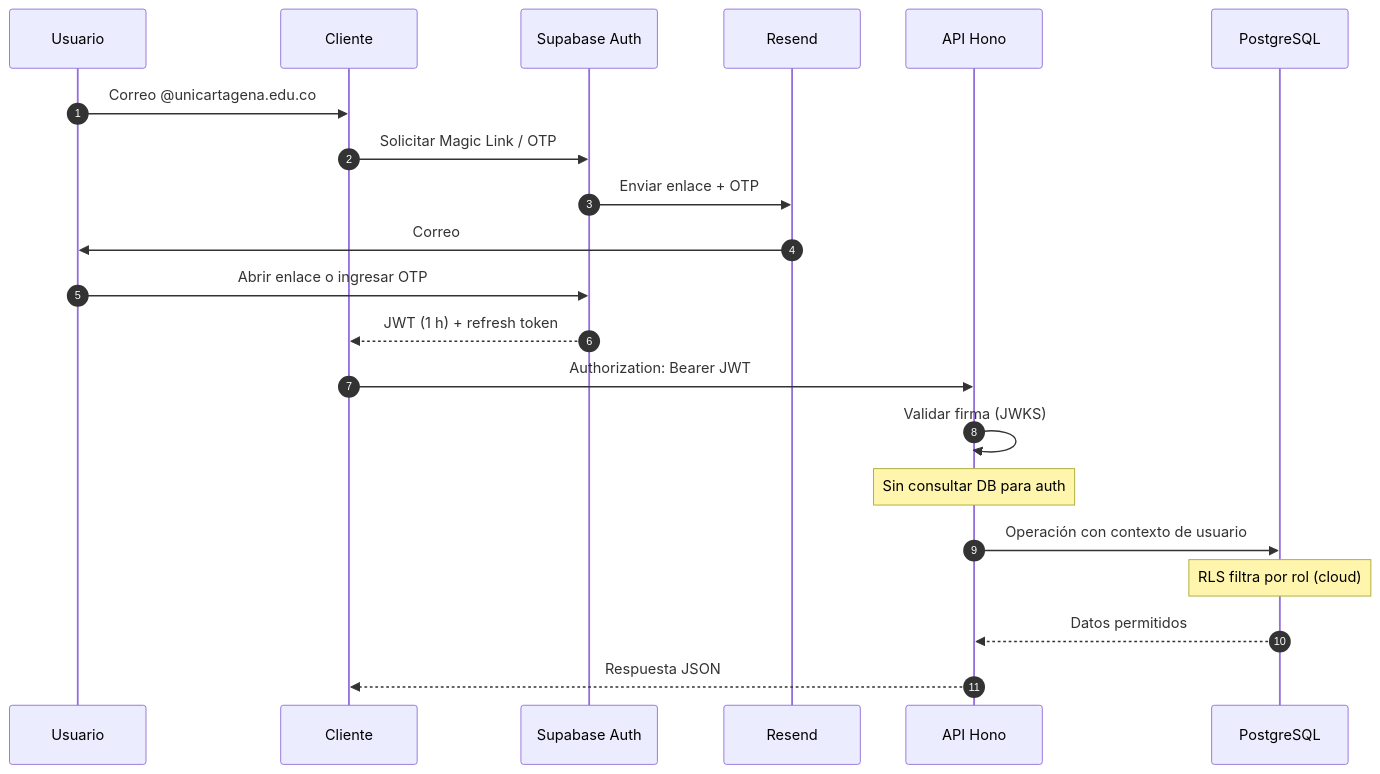
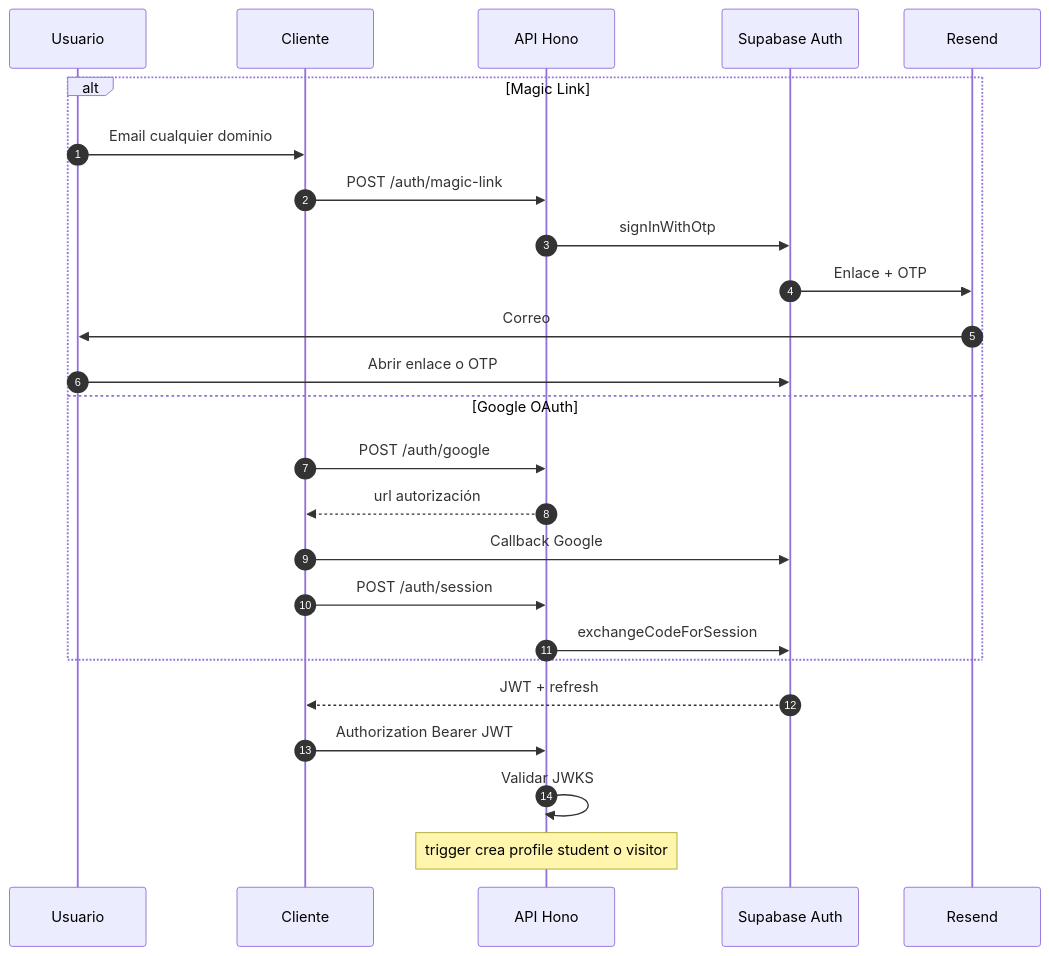
Before and after one commit to julianmeoficial/udccereteAPI: the third of 11 diagrams in docs/architecture/diagrams.md, drawn with Mermaid. The commit also changed other lines of this file and 35 other files, not shown here.

````diff
--- a/docs/architecture/diagrams.md
+++ b/docs/architecture/diagrams.md
@@ -101,25 +101,29 @@
 ```mermaid
 sequenceDiagram
   autonumber
   participant U as Usuario
   participant C as Cliente
+  participant API as API Hono
   participant SA as Supabase Auth
   participant R as Resend
-  participant API as API Hono
-  participant DB as PostgreSQL
 
-  U->>C: Correo @unicartagena.edu.co
-  C->>SA: Solicitar Magic Link / OTP
-  SA->>R: Enviar enlace + OTP
-  R->>U: Correo
-  U->>SA: Abrir enlace o ingresar OTP
-  SA-->>C: JWT (1 h) + refresh token
+  alt Magic Link
+    U->>C: Email cualquier dominio
+    C->>API: POST /auth/magic-link
+    API->>SA: signInWithOtp
+    SA->>R: Enlace + OTP
+    R->>U: Correo
+    U->>SA: Abrir enlace o OTP
+  else Google OAuth
+    C->>API: POST /auth/google
+    API-->>C: url autorización
+    C->>SA: Callback Google
+    C->>API: POST /auth/session
+    API->>SA: exchangeCodeForSession
+  end
 
-  C->>API: Authorization: Bearer JWT
-  API->>API: Validar firma (JWKS)
-  Note over API: Sin consultar DB para auth
-  API->>DB: Operación con contexto de usuario
-  Note over DB: RLS filtra por rol (cloud)
-  DB-->>API: Datos permitidos
-  API-->>C: Respuesta JSON
+  SA-->>C: JWT + refresh
+  C->>API: Authorization Bearer JWT
+  API->>API: Validar JWKS
+  Note over API: trigger crea profile student o visitor
 ```
````
